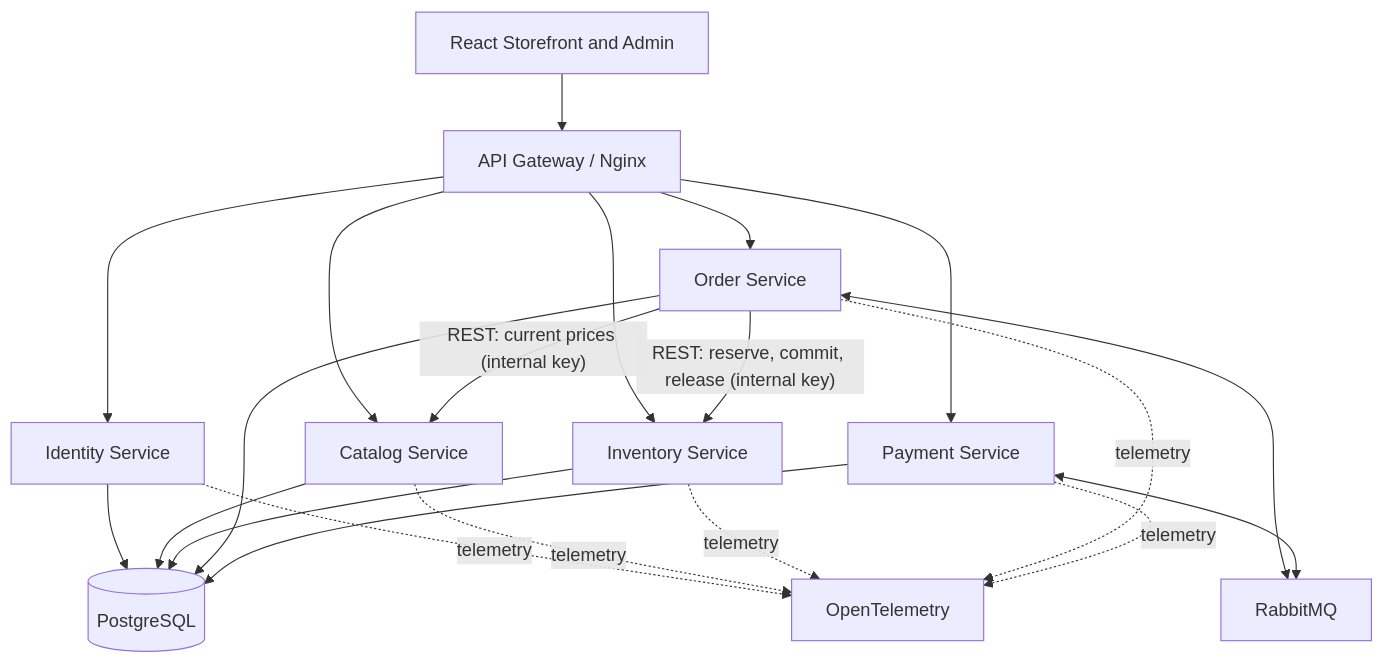
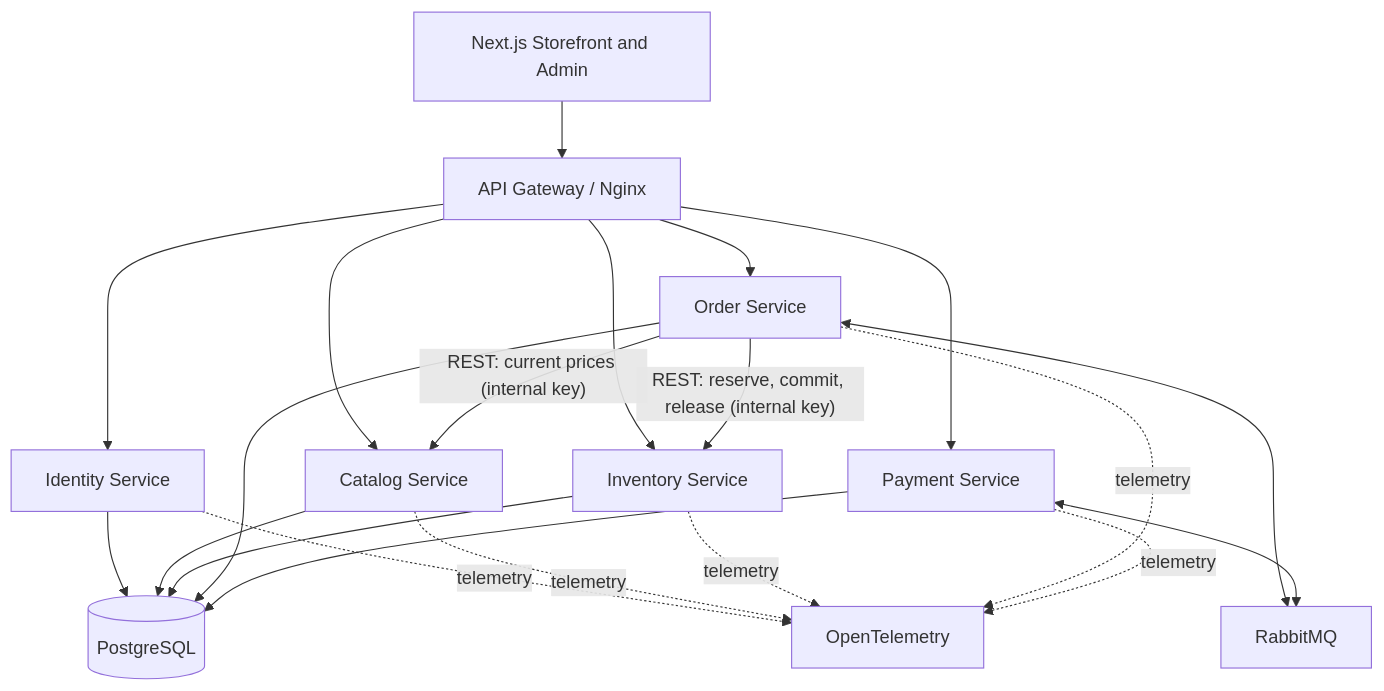
Before and after one commit to Furkanturan8/rovena: the first of 2 diagrams in docs/architecture.md, drawn with Mermaid. The commit also changed 12 other files, not shown here.

Commit message:
docs: add project README, architecture diagrams, and documentation screenshots

````diff
--- a/docs/architecture.md
+++ b/docs/architecture.md
@@ -13,40 +13,40 @@
 ```mermaid
 flowchart TD
-    Client[React Storefront and Admin]
+    Client[Next.js Storefront and Admin]
     Gateway[API Gateway / Nginx]
 
     Identity[Identity Service]
     Catalog[Catalog Service]
     Inventory[Inventory Service]
     Order[Order Service]
     Payment[Payment Service]
 
     RabbitMQ[RabbitMQ]
     PostgreSQL[(PostgreSQL)]
     Observability[OpenTelemetry]
 
     Client --> Gateway
 
     Gateway --> Identity
     Gateway --> Catalog
     Gateway --> Inventory
     Gateway --> Order
     Gateway --> Payment
 
     Identity --> PostgreSQL
     Catalog --> PostgreSQL
     Inventory --> PostgreSQL
     Order --> PostgreSQL
     Payment --> PostgreSQL
 
     Order <--> RabbitMQ
     Payment <--> RabbitMQ
     Order -->|"REST: reserve, commit, release (internal key)"| Inventory
     Order -->|"REST: current prices (internal key)"| Catalog
 
     Identity -. telemetry .-> Observability
     Catalog -. telemetry .-> Observability
     Inventory -. telemetry .-> Observability
     Order -. telemetry .-> Observability
     Payment -. telemetry .-> Observability
 ```
````
